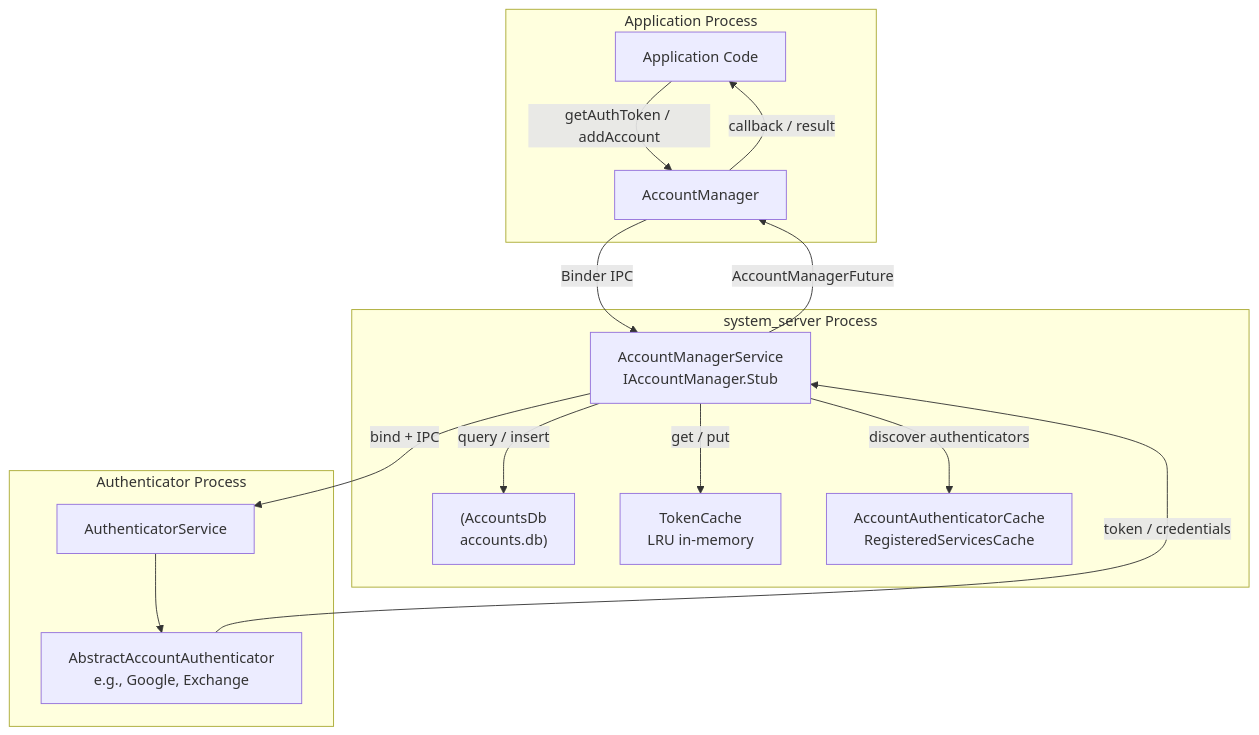
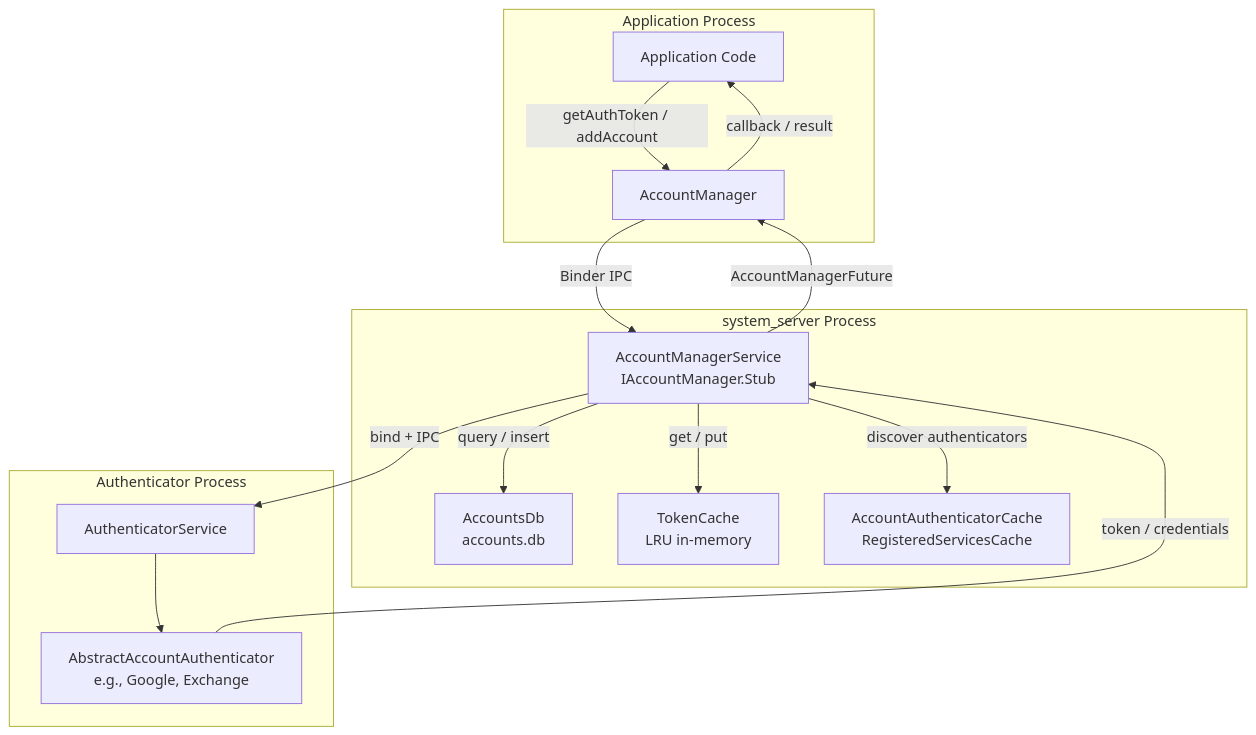
Before and after one commit to fwrite0920/aosp-internal-book: the first of 16 diagrams in 32-account-sync.md, drawn with Mermaid. The commit also changed other lines of this file and 13 other files, not shown here.

First line of the commit message:
Fix Mermaid diagrams and formatting in Parts VII-VIII (chapters 26-39)

````diff
--- a/32-account-sync.md
+++ b/32-account-sync.md
@@ -55,30 +55,30 @@
 ```mermaid
 graph TD
     subgraph "Application Process"
         APP[Application Code]
         AM[AccountManager]
     end
 
     subgraph "system_server Process"
         AMS["AccountManagerService<br/>IAccountManager.Stub"]
-        ADB["(AccountsDb<br/>accounts.db)"]
+        ADB["AccountsDb<br/>accounts.db"]
         TC["TokenCache<br/>LRU in-memory"]
         AAC["AccountAuthenticatorCache<br/>RegisteredServicesCache"]
     end
 
     subgraph "Authenticator Process"
         AAB["AbstractAccountAuthenticator<br/>e.g., Google, Exchange"]
         AUTH_SVC[AuthenticatorService]
     end
 
     APP -->|getAuthToken / addAccount| AM
     AM -->|Binder IPC| AMS
     AMS -->|query / insert| ADB
     AMS -->|get / put| TC
     AMS -->|discover authenticators| AAC
     AMS -->|bind + IPC| AUTH_SVC
     AUTH_SVC --> AAB
     AAB -->|token / credentials| AMS
     AMS -->|AccountManagerFuture| AM
     AM -->|callback / result| APP
 ```
````
